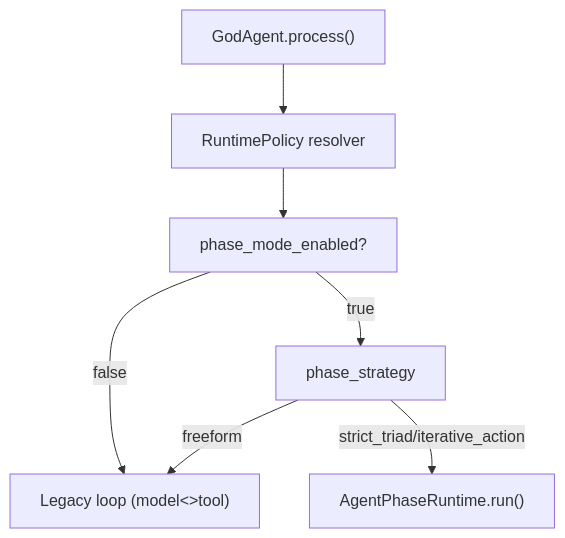
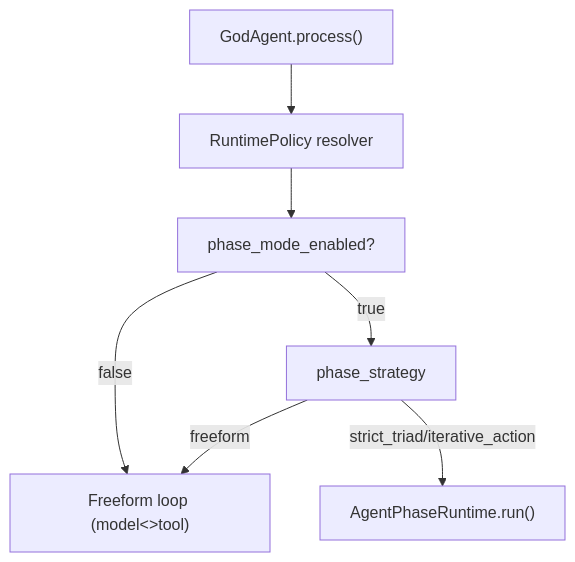
Before and after one commit to Lands54/Pantheon: the fifth of 26 diagrams in docs/ARCHITECTURE_MERMAID.md, drawn with Mermaid. The commit also changed other lines of this file and 89 other files, not shown here.

Commit message:
refactor: remove compatibility tracks and align docs to single-track architecture

````diff
--- a/docs/ARCHITECTURE_MERMAID.md
+++ b/docs/ARCHITECTURE_MERMAID.md
@@ -99,9 +99,9 @@
 ```mermaid
 flowchart TD
     Start["GodAgent.process()"] --> Pol["RuntimePolicy resolver"]
     Pol --> Mode["phase_mode_enabled?"]
-    Mode -->|false| Legacy["Legacy loop (model<>tool)"]
+    Mode -->|false| Free["Freeform loop (model<>tool)"]
     Mode -->|true| Strat["phase_strategy"]
-    Strat -->|freeform| Legacy
+    Strat -->|freeform| Free
     Strat -->|strict_triad/iterative_action| PR["AgentPhaseRuntime.run()"]
 ```
````
